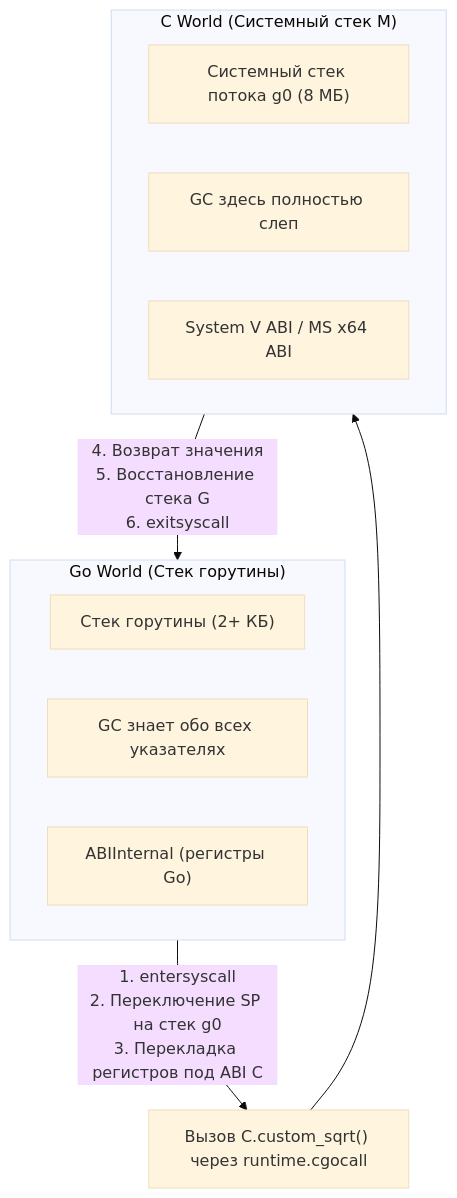
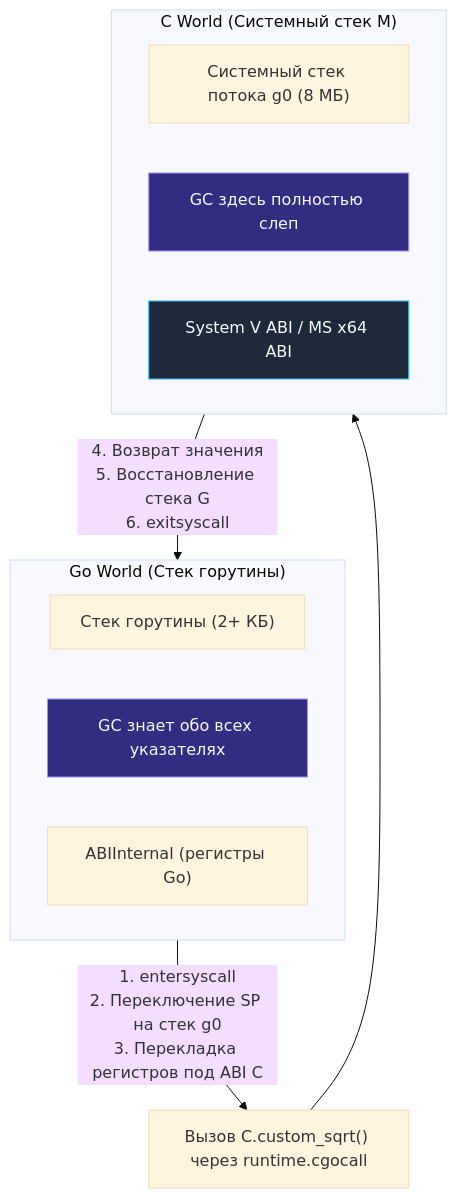
The diagram in sources/7. Глубокий Go (Внутреннее устройство)/41. cgo. Как Go взаимодействует с C.md (UnrealTemplier/go-textbook), drawn with Mermaid (base theme) before and after one commit. The commit also changed 1666 other files, not shown here.

First line of the commit message:
feat(mermaid): add semantic color classDef to 1369 colorless flowchart/graph diagrams

````diff
--- a/sources/7. Глубокий Go (Внутреннее устройство)/41. cgo. Как Go взаимодействует с C.md
+++ b/sources/7. Глубокий Go (Внутреннее устройство)/41. cgo. Как Go взаимодействует с C.md
@@ -60,20 +60,30 @@
 ```mermaid
 flowchart TD
+    classDef process  fill:#1e293b,stroke:#38bdf8,stroke-width:1px,color:#f8fafc
+    classDef success  fill:#064e3b,stroke:#34d399,stroke-width:1px,color:#f8fafc
+    classDef error    fill:#7f1d1d,stroke:#f87171,stroke-width:1px,color:#f8fafc
+    classDef warning  fill:#78350f,stroke:#fbbf24,stroke-width:1px,color:#f8fafc
+    classDef entry    fill:#1e3a5f,stroke:#38bdf8,stroke-width:2px,color:#f8fafc
+    classDef aux      fill:#334155,stroke:#64748b,stroke-width:1px,color:#f8fafc
+    classDef system   fill:#312e81,stroke:#a78bfa,stroke-width:1px,color:#f8fafc
+    classDef data     fill:#132d29,stroke:#2dd4bf,stroke-width:1px,color:#f8fafc
+    classDef network  fill:#881337,stroke:#fb7185,stroke-width:1px,color:#f8fafc
+    classDef accent   fill:#1e1b4b,stroke:#818cf8,stroke-width:1px,color:#f8fafc
     subgraph GO_WORLD ["Go World (Стек горутины)"]
         G_STACK["Стек горутины (2+ КБ)"]
-        GC["GC знает обо всех указателях"]
+        GC["GC знает обо всех указателях"]:::system
         ABI_GO["ABIInternal (регистры Go)"]
     end
     
     subgraph C_WORLD ["C World (Системный стек M)"]
         C_STACK["Системный стек потока g0 (8 МБ)"]
-        NO_GC["GC здесь полностью слеп"]
-        ABI_C["System V ABI / MS x64 ABI"]
+        NO_GC["GC здесь полностью слеп"]:::system
+        ABI_C["System V ABI / MS x64 ABI"]:::process
     end
     
     CALL_C["Вызов C.custom_sqrt() через runtime.cgocall"]
     
     GO_WORLD -->|"1. entersyscall<br>2. Переключение SP на стек g0<br>3. Перекладка регистров под ABI C"| CALL_C
     CALL_C --> C_WORLD
     C_WORLD -->|"4. Возврат значения<br>5. Восстановление стека G<br>6. exitsyscall"| GO_WORLD
 ```
````
